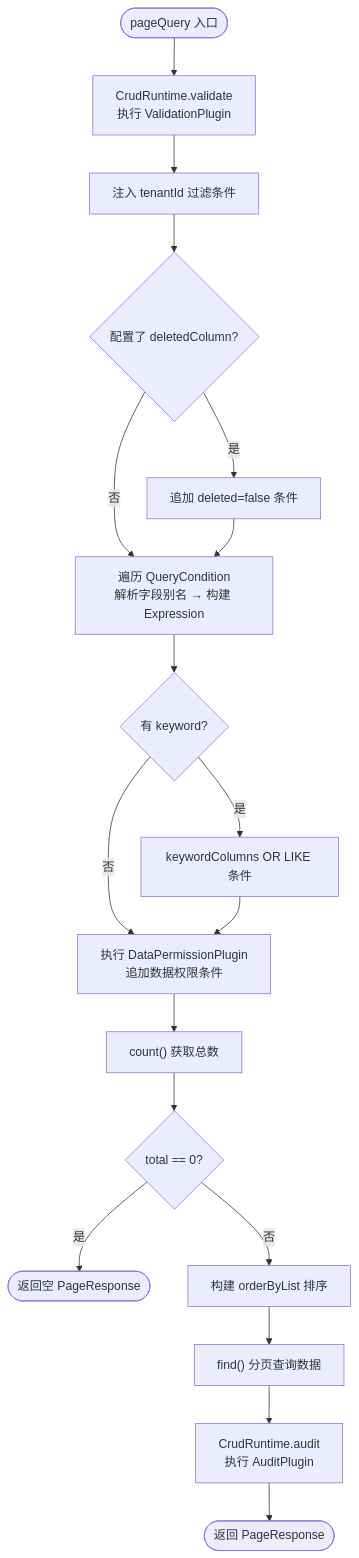
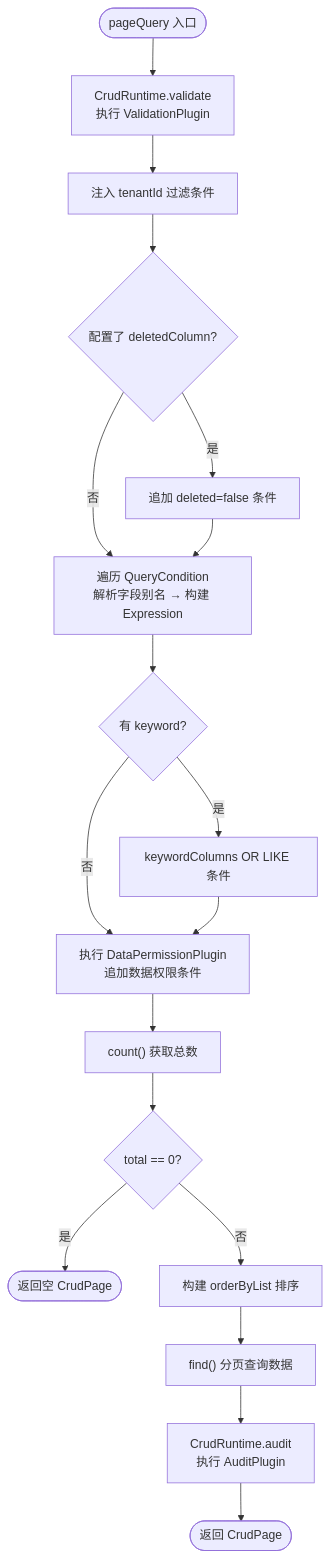
One commit to coderxsle/flutter_web_admin changed the seventh of 8 diagrams in serverpod_crud/README.md. Above: the diagram before and after it, drawn with Mermaid. The commit also changed other lines of this file and 351 other files, not shown here.

````diff
--- a/serverpod_crud/README.md
+++ b/serverpod_crud/README.md
@@ -332,21 +329,21 @@
 ```mermaid
 flowchart TD
     Start(["pageQuery 入口"])
     Start --> Validate["CrudRuntime.validate<br/>执行 ValidationPlugin"]
     Validate --> Tenant["注入 tenantId 过滤条件"]
     Tenant --> Deleted{"配置了 deletedColumn?"}
     Deleted -->|是| DeletedFilter["追加 deleted=false 条件"]
     Deleted -->|否| Filters
     DeletedFilter --> Filters["遍历 QueryCondition<br/>解析字段别名 → 构建 Expression"]
     Filters --> Keyword{"有 keyword?"}
     Keyword -->|是| KeywordExpr["keywordColumns OR LIKE 条件"]
     Keyword -->|否| DataPerm
     KeywordExpr --> DataPerm["执行 DataPermissionPlugin<br/>追加数据权限条件"]
     DataPerm --> Count["count() 获取总数"]
     Count --> Empty{"total == 0?"}
-    Empty -->|是| EmptyResult(["返回空 PageResponse"])
+    Empty -->|是| EmptyResult(["返回空 CrudPage"])
     Empty -->|否| Sort["构建 orderByList 排序"]
     Sort --> Find["find() 分页查询数据"]
     Find --> Audit["CrudRuntime.audit<br/>执行 AuditPlugin"]
-    Audit --> Result(["返回 PageResponse<T>"])
+    Audit --> Result(["返回 CrudPage<T>"])
 ```
````
